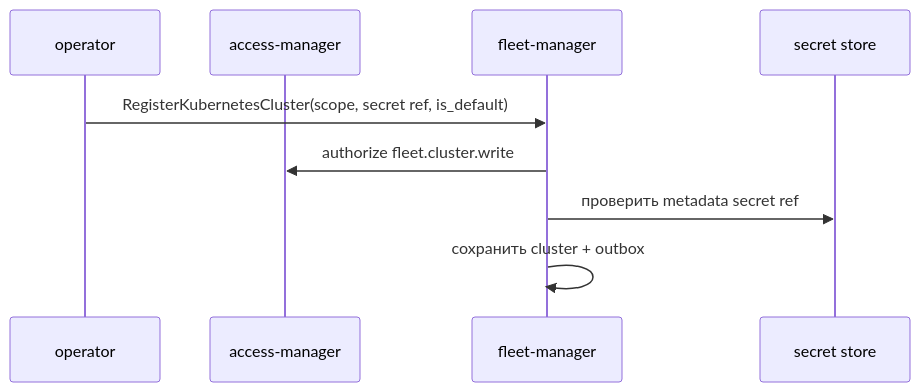
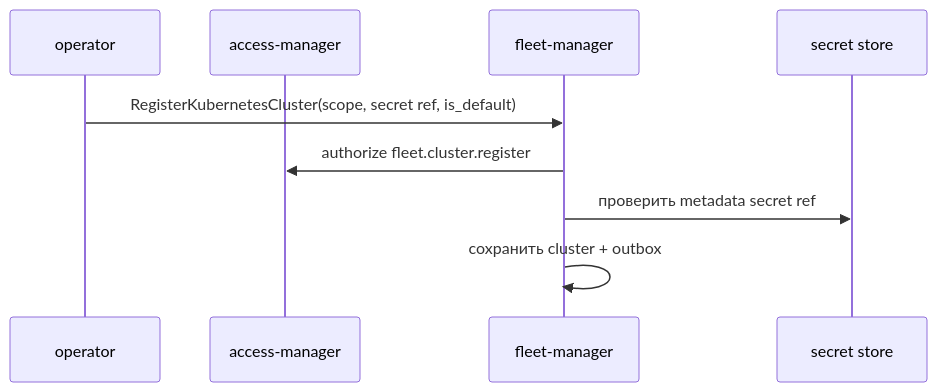
The first of 3 diagrams in docs/domains/runtime-and-fleet/architecture/fleet_manager_design.md (codex-k8s/kodex), drawn with Mermaid before and after one commit. The commit also changed 7 other files, not shown here.

````diff
--- a/docs/domains/runtime-and-fleet/architecture/fleet_manager_design.md
+++ b/docs/domains/runtime-and-fleet/architecture/fleet_manager_design.md
@@ -119,11 +119,11 @@
 ```mermaid
 sequenceDiagram
   participant O as operator
   participant A as access-manager
   participant F as fleet-manager
   participant S as secret store
   O->>F: RegisterKubernetesCluster(scope, secret ref, is_default)
-  F->>A: authorize fleet.cluster.write
+  F->>A: authorize fleet.cluster.register
   F->>S: проверить metadata secret ref
   F->>F: сохранить cluster + outbox
 ```
````
